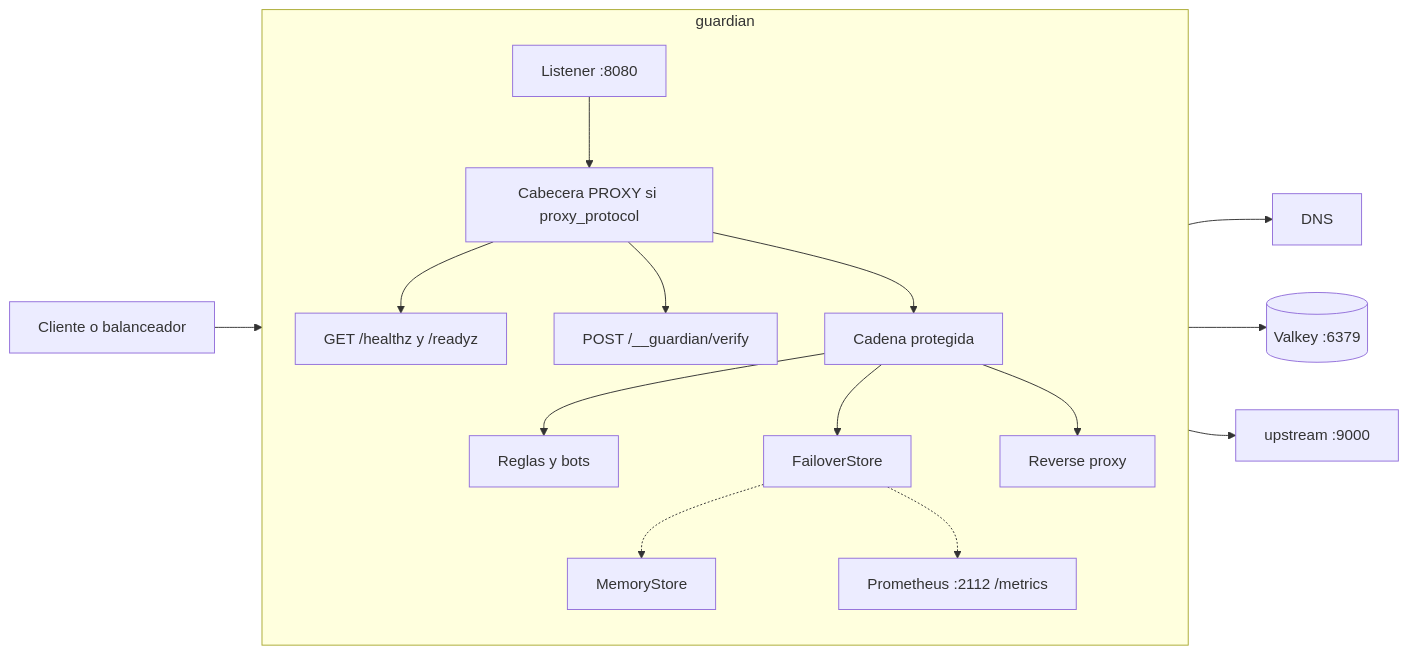
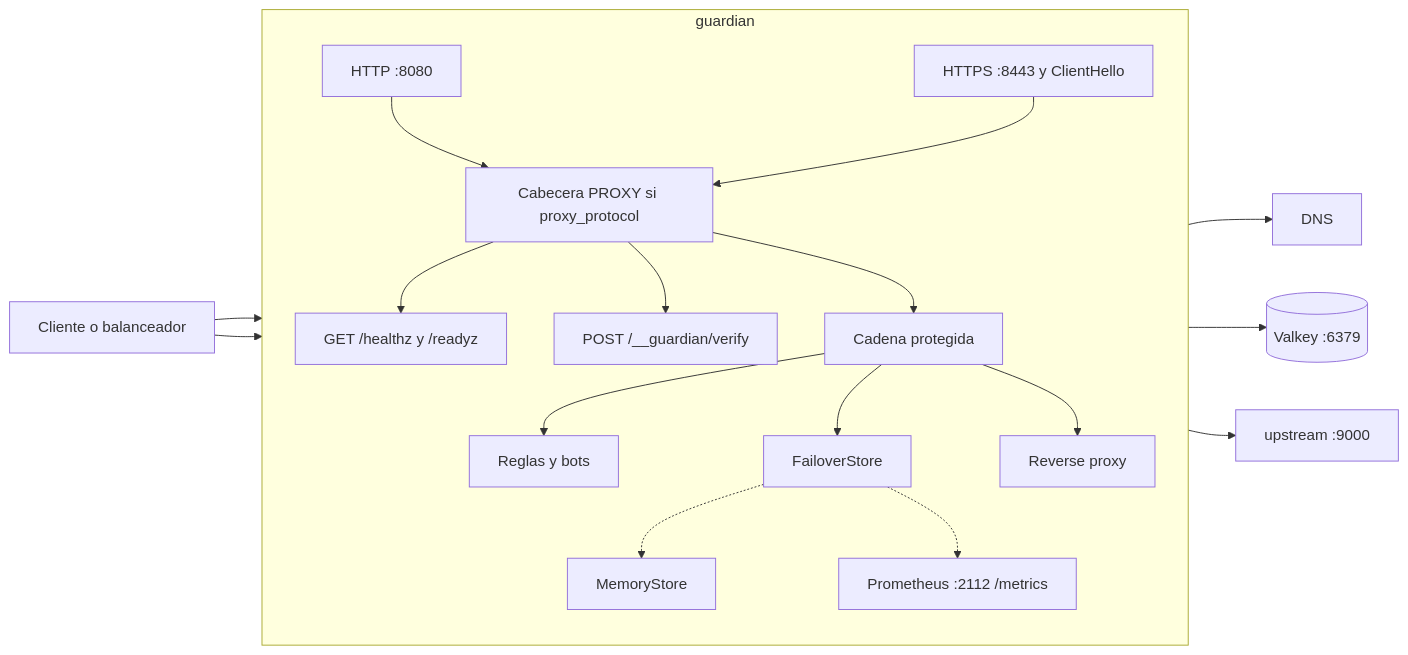
The first of 7 diagrams in README.md (fharias/guardian-scrapy), drawn with Mermaid before and after one commit. The commit also changed other lines of this file, not shown here.

Commit message:
Update README to include HTTPS support and ClientHello logging details

````diff
--- a/README.md
+++ b/README.md
@@ -13,36 +13,39 @@
 ```mermaid
 flowchart LR
   cliente[Cliente o balanceador]
 
   subgraph proxy [guardian]
     direction TB
-    listener["Listener :8080"]
+    listener["HTTP :8080"]
+    tls["HTTPS :8443 y ClientHello"]
     pp["Cabecera PROXY si proxy_protocol"]
     salud["GET /healthz y /readyz"]
     verify["POST /__guardian/verify"]
     cadena[Cadena protegida]
     reglas[Reglas y bots]
     reverso["Reverse proxy"]
     failover[FailoverStore]
     memoria[MemoryStore]
     metricas["Prometheus :2112 /metrics"]
   end
 
   valkey[("Valkey :6379")]
   dns[DNS]
   origen["upstream :9000"]
 
   cliente --> listener
+  cliente --> tls
   listener --> pp
+  tls --> pp
   pp --> salud
   pp --> verify
   pp --> cadena
   cadena --> reglas
   reglas --> dns
   cadena --> failover
   cadena --> reverso
   failover --> valkey
   failover -.-> memoria
   failover -.-> metricas
   reverso --> origen
 ```
````
